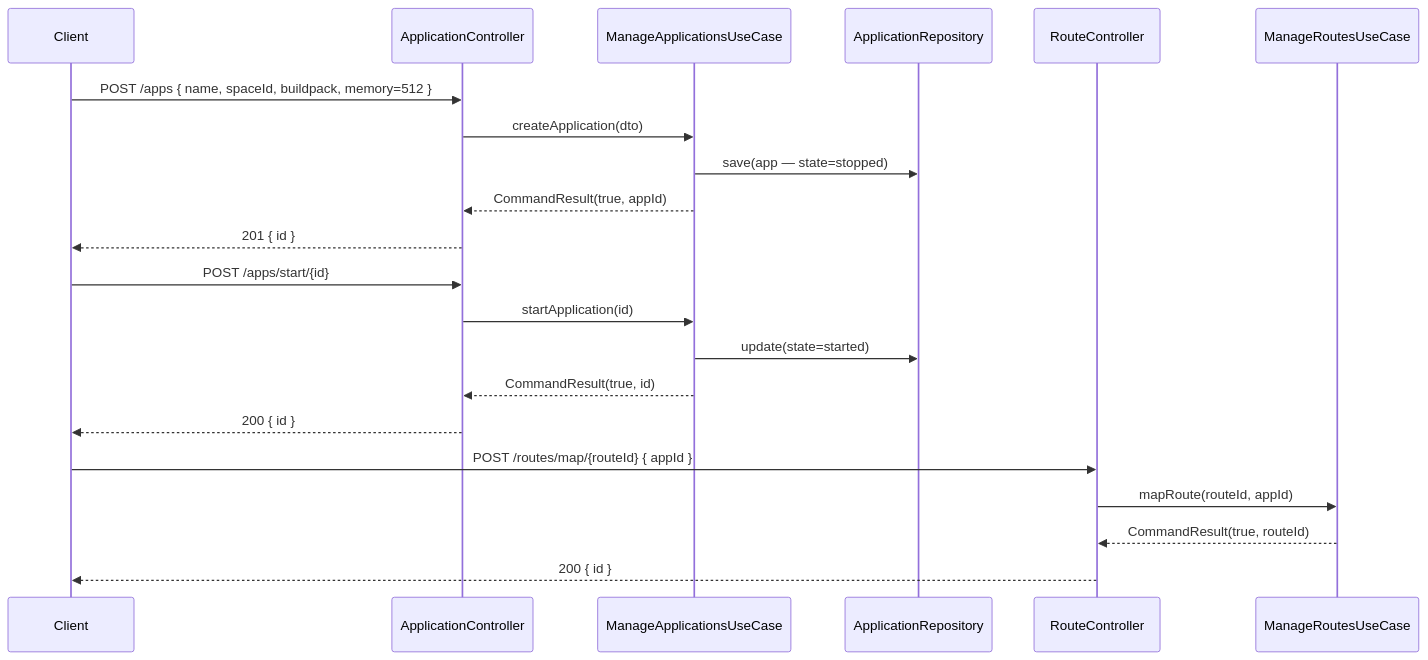
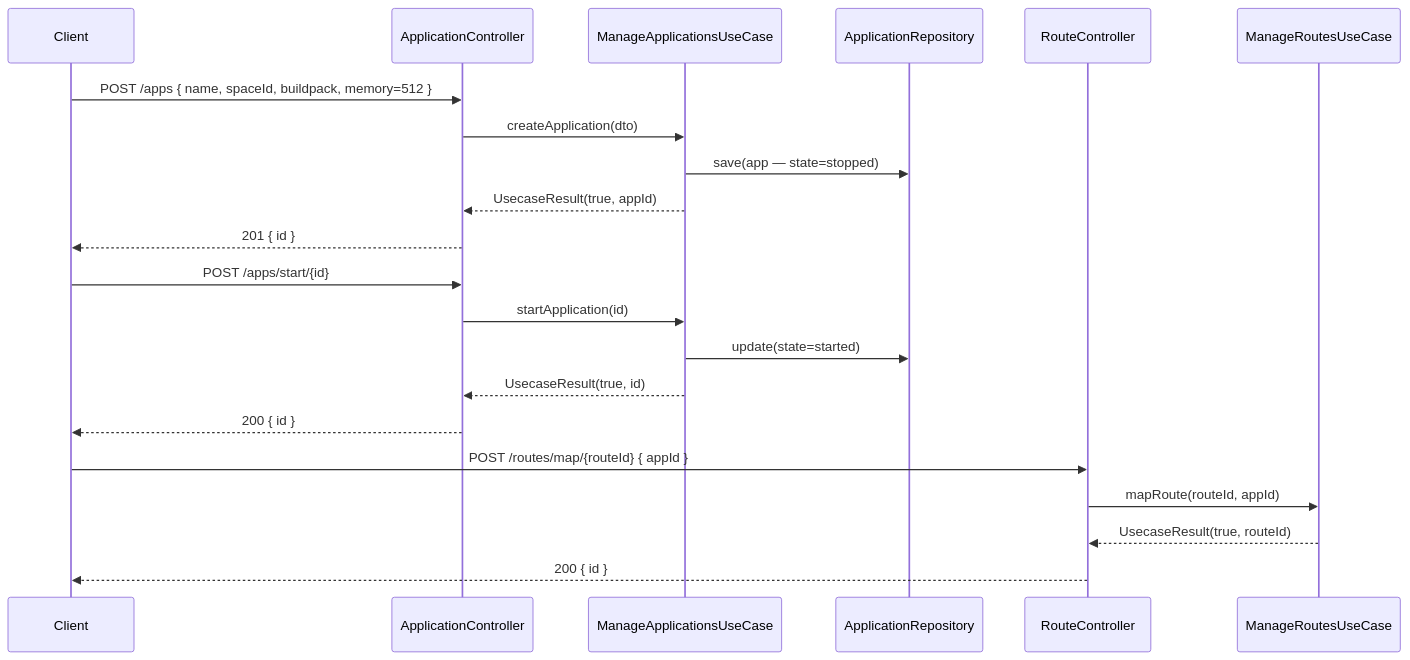
One commit to UIMSolutions/uim-platform changed the third of 3 diagrams in cloud-foundry/UML.md. Above: the diagram before and after it, drawn with Mermaid. The commit also changed 907 other files, not shown here.

Commit message:
Rename CommandResult

````diff
--- a/cloud-foundry/UML.md
+++ b/cloud-foundry/UML.md
@@ -142,26 +142,26 @@
 ```mermaid
 sequenceDiagram
     participant Client
     participant AC as ApplicationController
     participant AUC as ManageApplicationsUseCase
     participant AR as ApplicationRepository
     participant RC as RouteController
     participant RUC as ManageRoutesUseCase
 
     Client->>AC: POST /apps { name, spaceId, buildpack, memory=512 }
     AC->>AUC: createApplication(dto)
     AUC->>AR: save(app — state=stopped)
-    AUC-->>AC: CommandResult(true, appId)
+    AUC-->>AC: UsecaseResult(true, appId)
     AC-->>Client: 201 { id }
 
     Client->>AC: POST /apps/start/{id}
     AC->>AUC: startApplication(id)
     AUC->>AR: update(state=started)
-    AUC-->>AC: CommandResult(true, id)
+    AUC-->>AC: UsecaseResult(true, id)
     AC-->>Client: 200 { id }
 
     Client->>RC: POST /routes/map/{routeId} { appId }
     RC->>RUC: mapRoute(routeId, appId)
-    RUC-->>RC: CommandResult(true, routeId)
+    RUC-->>RC: UsecaseResult(true, routeId)
     RC-->>Client: 200 { id }
 ```
````
